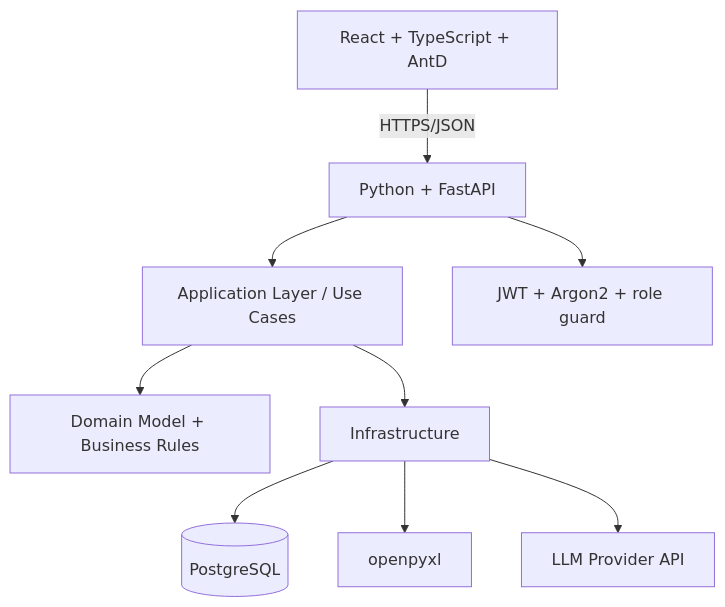
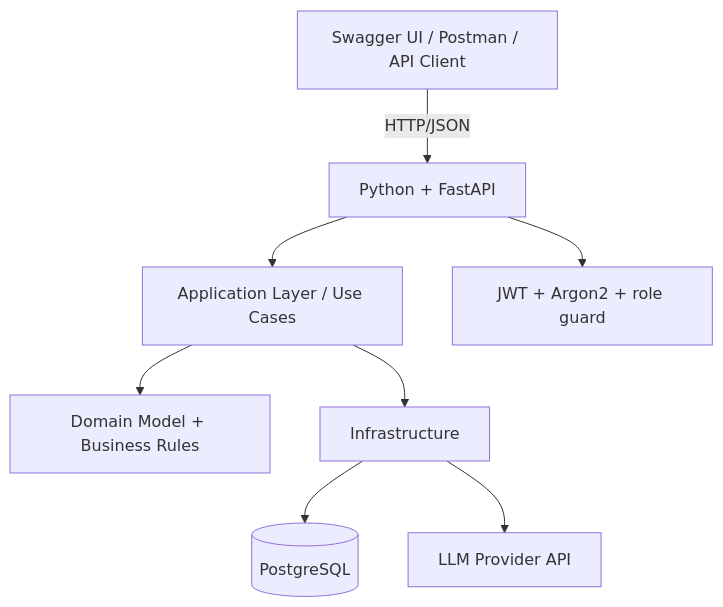
One commit to kiennguyen7805/dormitory changed the diagram in docs/02-cau-truc-du-an.md. Above: the diagram before and after it, drawn with Mermaid. The commit also changed other lines of this file and 10 other files, not shown here.

Commit message:
docs(handoff): update backend setup architecture and project reports

````diff
--- a/docs/02-cau-truc-du-an.md
+++ b/docs/02-cau-truc-du-an.md
@@ -29,11 +31,10 @@
 ```mermaid
 flowchart TB
-    Browser[React + TypeScript + AntD] -->|HTTPS/JSON| API[Python + FastAPI]
+    Client[Swagger UI / Postman / API Client] -->|HTTP/JSON| API[Python + FastAPI]
     API --> APP[Application Layer / Use Cases]
     APP --> DOMAIN[Domain Model + Business Rules]
     APP --> INFRA[Infrastructure]
     INFRA --> PG[(PostgreSQL)]
-    INFRA --> XLSX[openpyxl]
     INFRA --> LLM[LLM Provider API]
     API --> AUTH[JWT + Argon2 + role guard]
 ```
````
